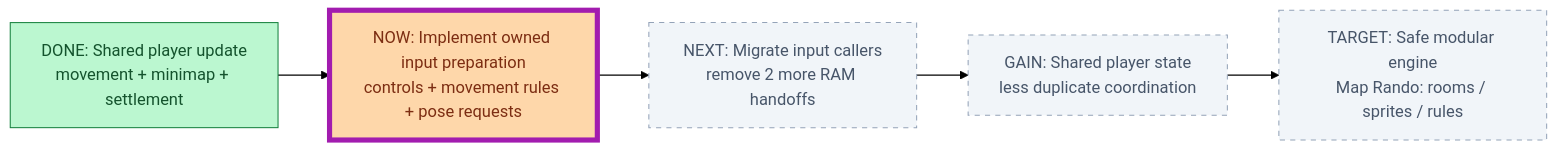
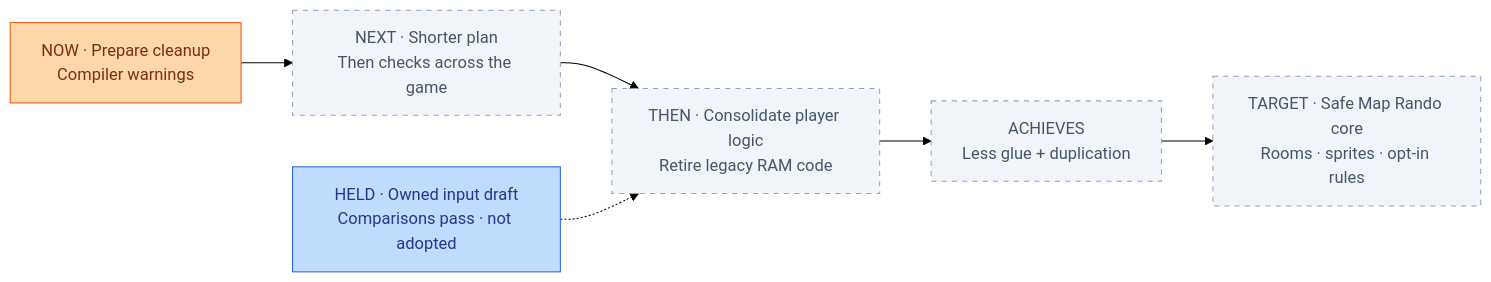
Before and after one commit to JimLundin/sm-decomp: the first of 28 diagrams in PROGRESS.md, drawn with Mermaid (forest theme). The commit also changed other lines of this file and 1 other file, not shown here.

First line of the commit message:
Show current work, next steps and Map Rando payoff; doc checks pass

````diff
--- a/PROGRESS.md
+++ b/PROGRESS.md
@@ -3,14 +3,14 @@
 ```mermaid
 flowchart LR
-    DONE["DONE: Shared player update<br/>movement + minimap + settlement"]:::done
-    NOW["NOW: Implement owned input preparation<br/>controls + movement rules + pose requests"]:::active
-    NEXT["NEXT: Migrate input callers<br/>remove 2 more RAM handoffs"]:::pending
-    THEN["GAIN: Shared player state<br/>less duplicate coordination"]:::pending
-    TARGET["TARGET: Safe modular engine<br/>Map Rando: rooms / sprites / rules"]:::pending
-    DONE --> NOW --> NEXT --> THEN --> TARGET
-    class NOW changed
-    classDef done fill:#bbf7d0,stroke:#15803d,color:#14532d
+    NOW["NOW · Prepare cleanup<br/>Compiler warnings"]:::active
+    NEXT["NEXT · Shorter plan<br/>Then checks across the game"]:::pending
+    THEN["THEN · Consolidate player logic<br/>Retire legacy RAM code"]:::pending
+    GAIN["ACHIEVES<br/>Less glue + duplication"]:::pending
+    TARGET["TARGET · Safe Map Rando core<br/>Rooms · sprites · opt-in rules"]:::pending
+    HELD["HELD · Owned input draft<br/>Comparisons pass · not adopted"]:::draft
+    NOW --> NEXT --> THEN --> GAIN --> TARGET
+    HELD -.-> THEN
+    classDef draft fill:#bfdbfe,stroke:#2563eb,color:#1e3a8a
     classDef active fill:#fed7aa,stroke:#ea580c,color:#7c2d12
     classDef pending fill:#f1f5f9,stroke:#94a3b8,color:#475569,stroke-dasharray:5 5
-    classDef changed stroke:#a21caf,stroke-width:5px
 ```
````
